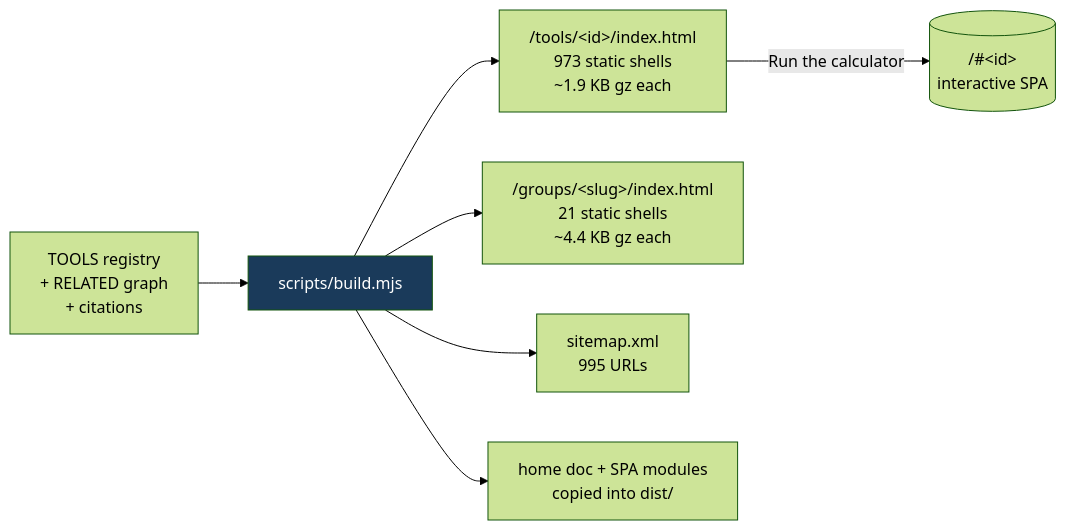
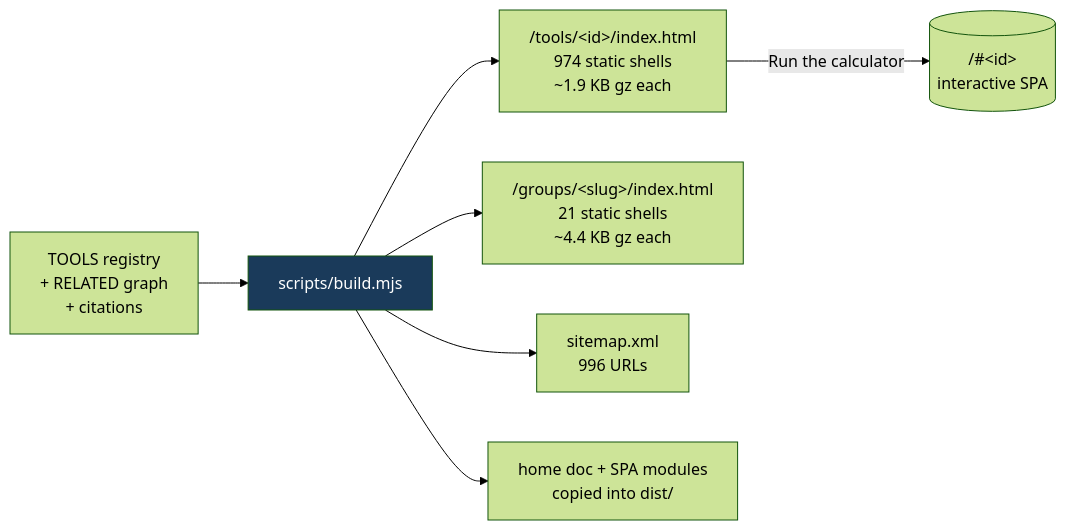
Before and after one commit to clay-good/roughlogic.com: the fifth of 8 diagrams in README.md, drawn with Mermaid (forest theme). The commit also changed other lines of this file and 14 other files, not shown here.

````diff
--- a/README.md
+++ b/README.md
@@ -495,10 +495,10 @@
 ```mermaid
 flowchart LR
     SRC[TOOLS registry\n+ RELATED graph\n+ citations] --> BUILD[scripts/build.mjs]
-    BUILD --> TILE["/tools/&lt;id&gt;/index.html\n973 static shells\n~1.9 KB gz each"]
+    BUILD --> TILE["/tools/&lt;id&gt;/index.html\n974 static shells\n~1.9 KB gz each"]
     BUILD --> GROUP["/groups/&lt;slug&gt;/index.html\n21 static shells\n~4.4 KB gz each"]
-    BUILD --> MAP["sitemap.xml\n995 URLs"]
+    BUILD --> MAP["sitemap.xml\n996 URLs"]
     BUILD --> COPY[home doc + SPA modules\ncopied into dist/]
     TILE -->|Run the calculator| SPA[("/#&lt;id&gt;\ninteractive SPA")]
     style BUILD fill:#1a3a5a,color:#fff
 ```
````
